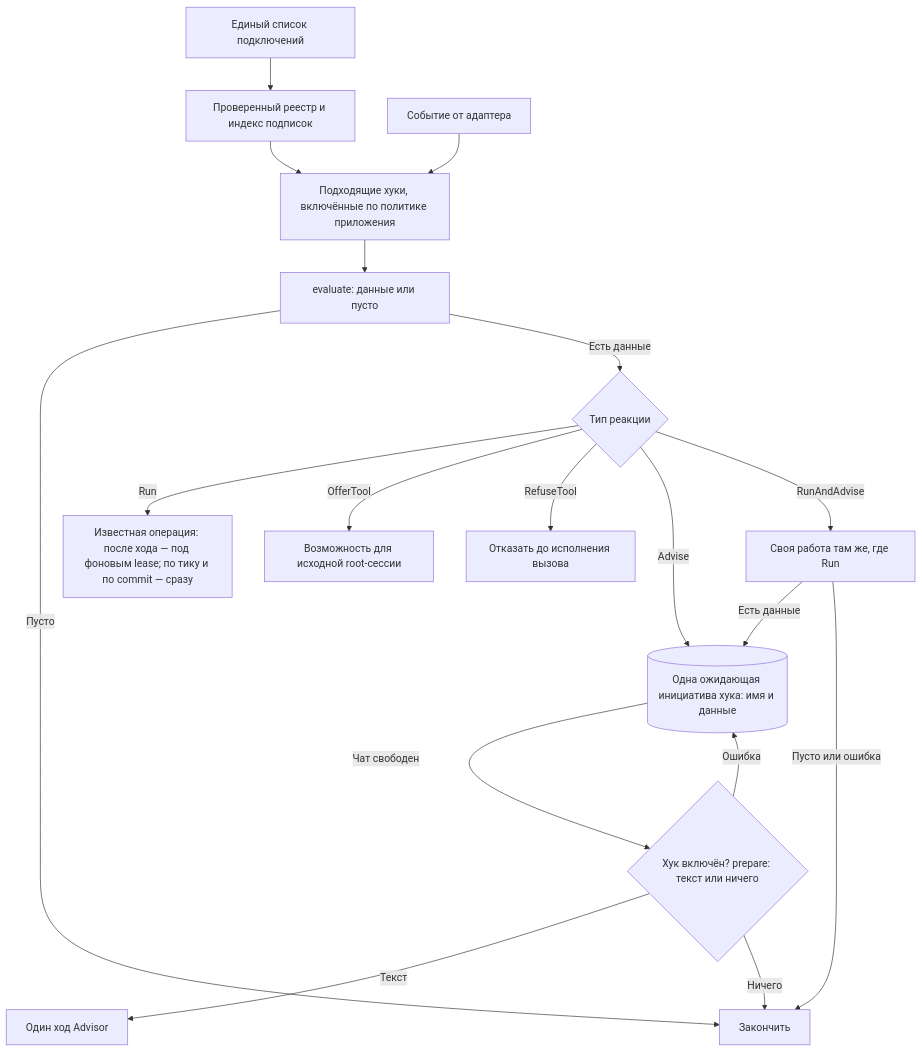
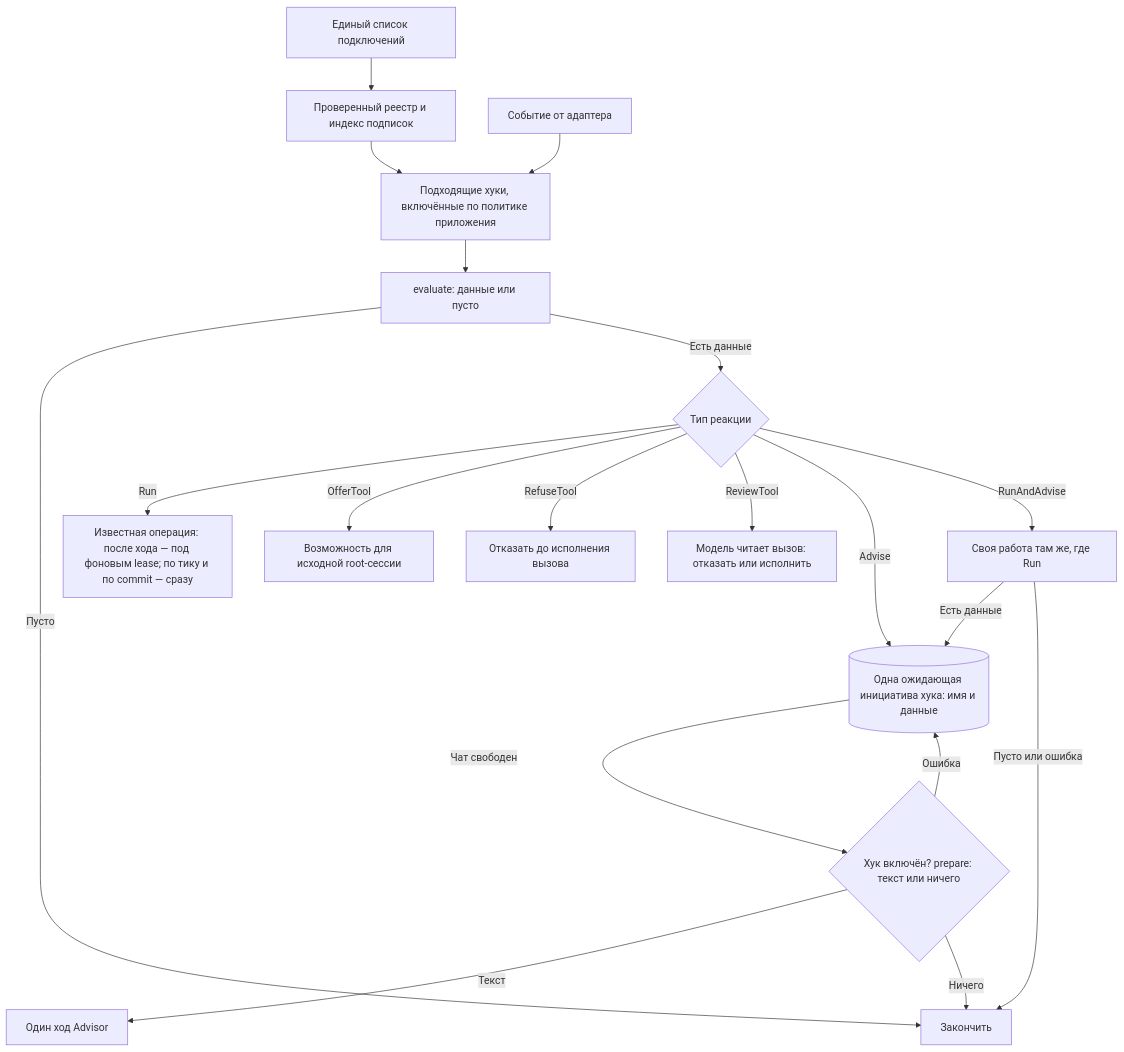
One commit to myvaheed/tg-ai-safwa changed the diagram in docs/HOOK_ARCH.md. Above: the diagram before and after it, drawn with Mermaid. The commit also changed other lines of this file and 28 other files, not shown here.

````diff
--- a/docs/HOOK_ARCH.md
+++ b/docs/HOOK_ARCH.md
@@ -400,20 +409,21 @@
 ```mermaid
 flowchart TD
     A["Единый список подключений"] --> B["Проверенный реестр и индекс подписок"]
     C["Событие от адаптера"] --> D["Подходящие хуки, включённые по политике приложения"]
     B --> D
     D --> E["evaluate: данные или пусто"]
     E -->|Пусто| Z["Закончить"]
     E -->|Есть данные| F{"Тип реакции"}
     F -->|Run| G["Известная операция: после хода — под фоновым lease; по тику и по commit — сразу"]
     F -->|OfferTool| H["Возможность для исходной root-сессии"]
     F -->|RefuseTool| I["Отказать до исполнения вызова"]
+    F -->|ReviewTool| V["Модель читает вызов: отказать или исполнить"]
     F -->|Advise| J[("Одна ожидающая инициатива хука: имя и данные")]
     F -->|RunAndAdvise| R["Своя работа там же, где Run"]
     R -->|Есть данные| J
     R -->|Пусто или ошибка| Z
     J -->|Чат свободен| K{"Хук включён? prepare: текст или ничего"}
     K -->|Текст| L["Один ход Advisor"]
     K -->|Ничего| Z
     K -->|Ошибка| J
 ```
````
